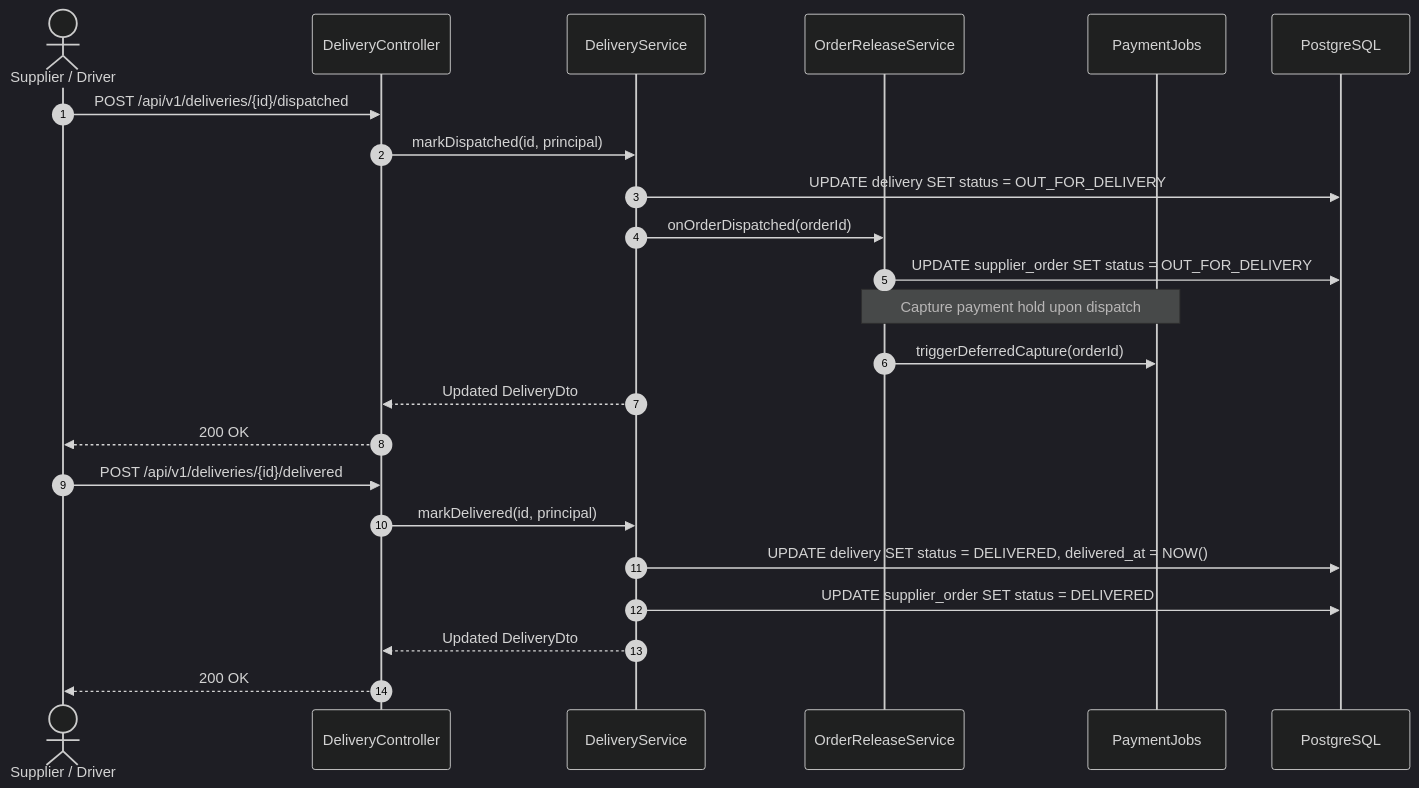
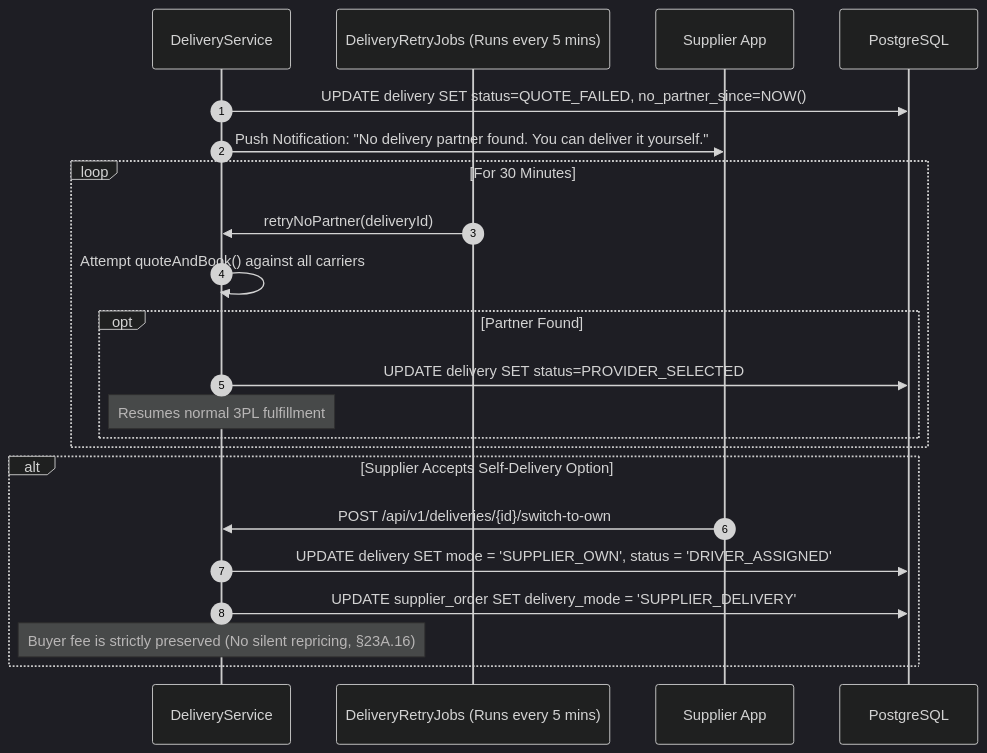
Before and after one commit to narasimha-reddy/costonomy-mp-api: the fifth of 8 diagrams in docs/architecture/sequence-diagrams/02-delivery-and-logistics.md, drawn with Mermaid (dark theme). The commit also changed other lines of this file, not shown here.

First line of the commit message:
docs(architecture): delivery sequence diagrams for the current flows

````diff
--- a/docs/architecture/sequence-diagrams/02-delivery-and-logistics.md
+++ b/docs/architecture/sequence-diagrams/02-delivery-and-logistics.md
@@ -81,27 +181,27 @@
 ```mermaid
 sequenceDiagram
     autonumber
-    actor User as Supplier / Driver
-    participant DC as DeliveryController
     participant DS as DeliveryService
-    participant ORS as OrderReleaseService
-    participant PJ as PaymentJobs
+    participant RetryJob as DeliveryRetryJobs (Runs every 5 mins)
+    participant Supplier as Supplier App
     participant DB as PostgreSQL
 
-    User->>DC: POST /api/v1/deliveries/{id}/dispatched
-    DC->>DS: markDispatched(id, principal)
-    DS->>DB: UPDATE delivery SET status = OUT_FOR_DELIVERY
-    DS->>ORS: onOrderDispatched(orderId)
-    ORS->>DB: UPDATE supplier_order SET status = OUT_FOR_DELIVERY
-    Note over ORS,PJ: Capture payment hold upon dispatch
-    ORS->>PJ: triggerDeferredCapture(orderId)
-    DS-->>DC: Updated DeliveryDto
-    DC-->>User: 200 OK
+    DS->>DB: UPDATE delivery SET status=QUOTE_FAILED, no_partner_since=NOW()
+    DS->>Supplier: Push Notification: "No delivery partner found. You can deliver it yourself."
 
-    User->>DC: POST /api/v1/deliveries/{id}/delivered
-    DC->>DS: markDelivered(id, principal)
-    DS->>DB: UPDATE delivery SET status = DELIVERED, delivered_at = NOW()
-    DS->>DB: UPDATE supplier_order SET status = DELIVERED
-    DS-->>DC: Updated DeliveryDto
-    DC-->>User: 200 OK
+    loop For 30 Minutes
+        RetryJob->>DS: retryNoPartner(deliveryId)
+        DS->>DS: Attempt quoteAndBook() against all carriers
+        opt Partner Found
+            DS->>DB: UPDATE delivery SET status=PROVIDER_SELECTED
+            Note over DS: Resumes normal 3PL fulfillment
+        end
+    end
+
+    alt Supplier Accepts Self-Delivery Option
+        Supplier->>DS: POST /api/v1/deliveries/{id}/switch-to-own
+        DS->>DB: UPDATE delivery SET mode = 'SUPPLIER_OWN', status = 'DRIVER_ASSIGNED'
+        DS->>DB: UPDATE supplier_order SET delivery_mode = 'SUPPLIER_DELIVERY'
+        Note over DS: Buyer fee is strictly preserved (No silent repricing, §23A.16)
+    end
 ```
````
